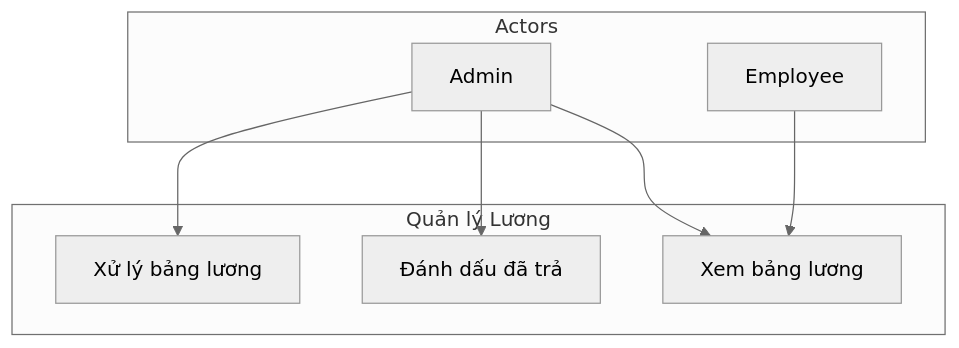
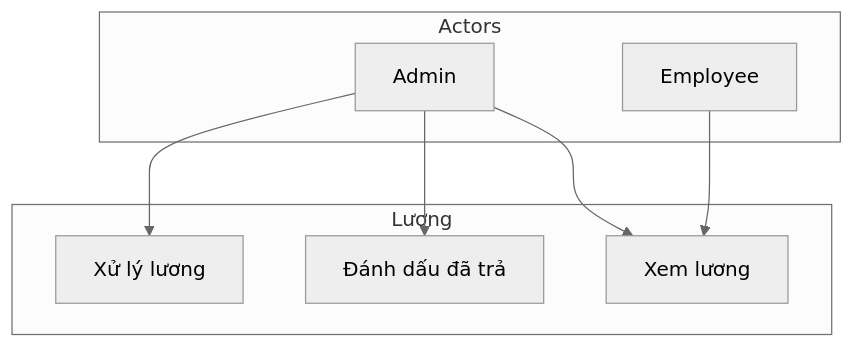
One commit to nghiaxh/hr-management changed the fourth of 8 diagrams in docs/SRS.md. Above: the diagram before and after it, drawn with Mermaid (neutral theme). The commit also changed other lines of this file and 8 other files, not shown here.

````diff
--- a/docs/SRS.md
+++ b/docs/SRS.md
@@ -593,18 +757,14 @@
 ```mermaid
 graph TB
     subgraph Actors
-        A[Admin]
-        E[Employee]
+        AA[Admin]
+        EE2[Employee]
     end
-
-    subgraph "Quản lý Lương"
-        UC1[Xử lý bảng lương]
-        UC2[Đánh dấu đã trả]
-        UC3[Xem bảng lương]
+    subgraph "Lương"
+        UC1P[Xử lý lương]
+        UC2P[Đánh dấu đã trả]
+        UC3P[Xem lương]
     end
-
-    A --> UC1
-    A --> UC2
-    A --> UC3
-    E --> UC3
+    AA --> UC1P & UC2P & UC3P
+    EE2 --> UC3P
 ```
````
